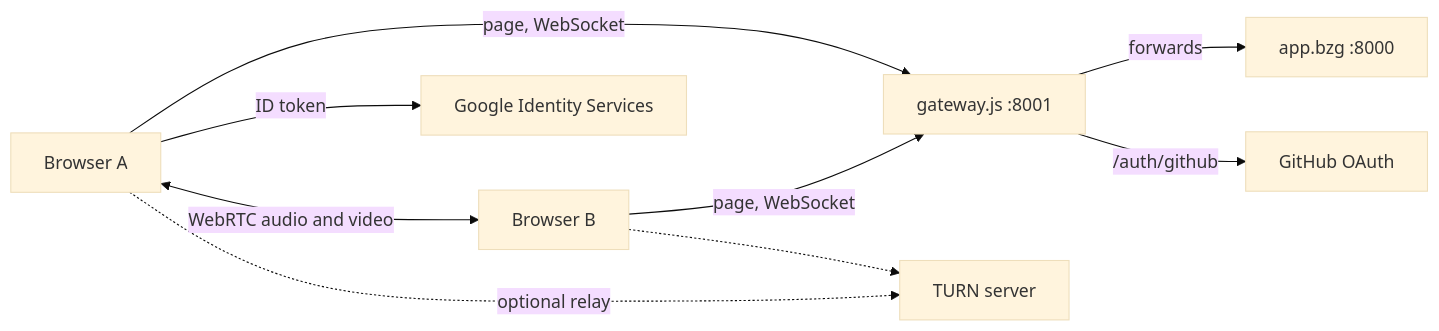
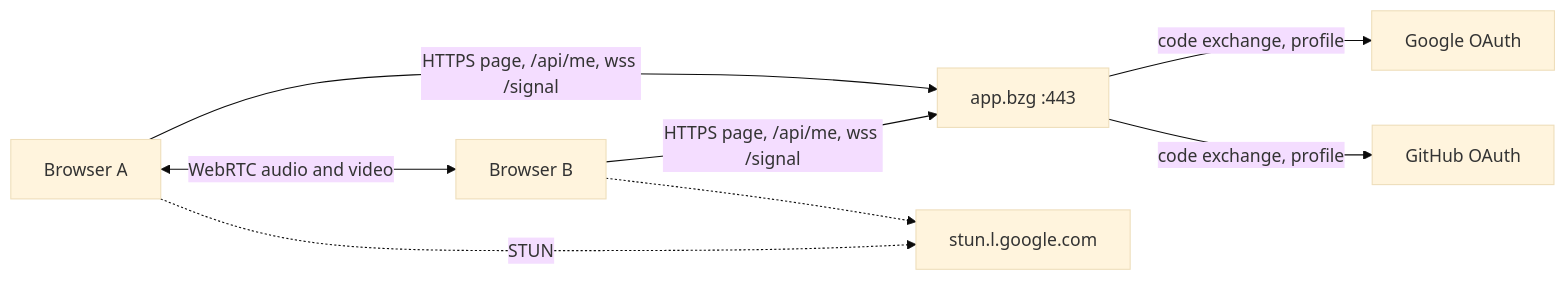
The diagram in README.md (Jevoel16/ITE183_Lab3_Google-OAuth-and-WebRTC--videocall-), drawn with Mermaid (base theme) before and after one commit. The commit also changed other lines of this file and 11 other files, not shown here.

First line of the commit message:
docs: rewrite README as the Lab 3 report for the bzg-only app

````diff
--- a/README.md
+++ b/README.md
@@ -75,11 +141,10 @@
 ```mermaid
 flowchart LR
-  A[Browser A] -->|page, WebSocket| GW[gateway.js :8001]
-  GW -->|forwards| APP[app.bzg :8000]
-  GW -->|/auth/github| GH[GitHub OAuth]
-  A -->|ID token| G[Google Identity Services]
-  B[Browser B] -->|page, WebSocket| GW
+  A[Browser A] -->|HTTPS page, /api/me, wss /signal| APP[app.bzg :443]
+  B[Browser B] -->|HTTPS page, /api/me, wss /signal| APP
+  APP -->|code exchange, profile| G[Google OAuth]
+  APP -->|code exchange, profile| GH[GitHub OAuth]
   A <-->|WebRTC audio and video| B
-  A -.->|optional relay| T[TURN server]
-  B -.-> T
+  A -.->|STUN| S[stun.l.google.com]
+  B -.-> S
 ```
````
